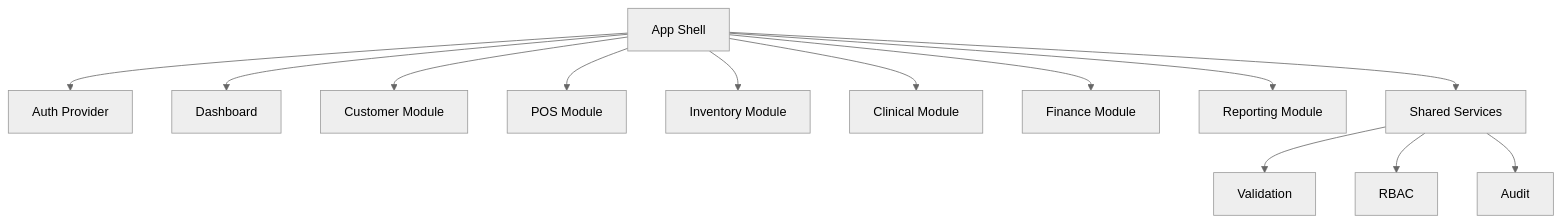
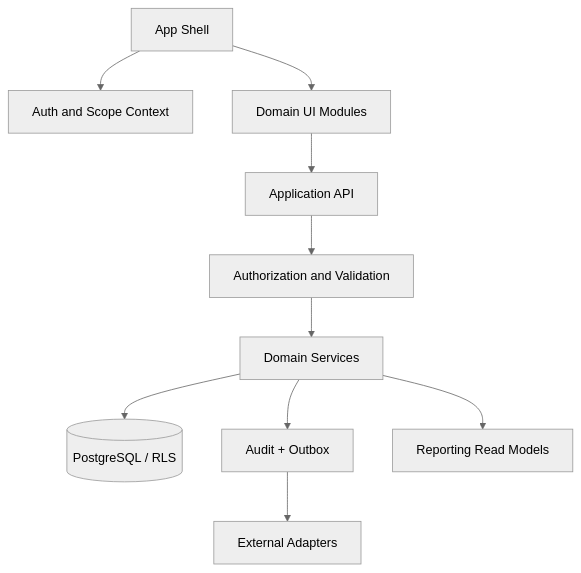
Before and after one commit to centranf1/PETORA-INDONESIA: the diagram in docs/03-architecture/component-diagram.md, drawn with Mermaid (neutral theme). The commit also changed other lines of this file and 75 other files, not shown here.

````diff
--- a/docs/03-architecture/component-diagram.md
+++ b/docs/03-architecture/component-diagram.md
@@ -25,15 +36,12 @@
 ```mermaid
 flowchart TD
-A[App Shell] --> B[Auth Provider]
-A --> C[Dashboard]
-A --> D[Customer Module]
-A --> E[POS Module]
-A --> F[Inventory Module]
-A --> G[Clinical Module]
-A --> H[Finance Module]
-A --> I[Reporting Module]
-A --> J[Shared Services]
-J --> K[Validation]
-J --> L[RBAC]
-J --> M[Audit]
+A[App Shell] --> B[Auth and Scope Context]
+A --> C[Domain UI Modules]
+C --> D[Application API]
+D --> E[Authorization and Validation]
+E --> F[Domain Services]
+F --> G[(PostgreSQL / RLS)]
+F --> H[Audit + Outbox]
+H --> I[External Adapters]
+F --> J[Reporting Read Models]
 ```
````
